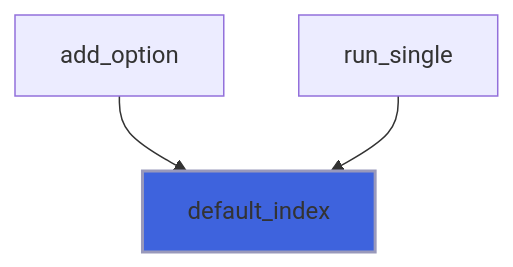
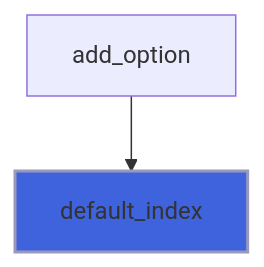
The tenth of 12 diagrams in docs/api/src/lib/flap_menu_t.md (szaghi/FLAP), drawn with Mermaid before and after one commit. The commit also changed other lines of this file and 9 other files, not shown here.

````diff
--- a/docs/api/src/lib/flap_menu_t.md
+++ b/docs/api/src/lib/flap_menu_t.md
@@ -260,6 +386,5 @@
 ```mermaid
 flowchart TD
   add_option["add_option"] --> default_index["default_index"]
-  run_single["run_single"] --> default_index["default_index"]
   style default_index fill:#3e63dd,stroke:#99b,stroke-width:2px
 ```
````
